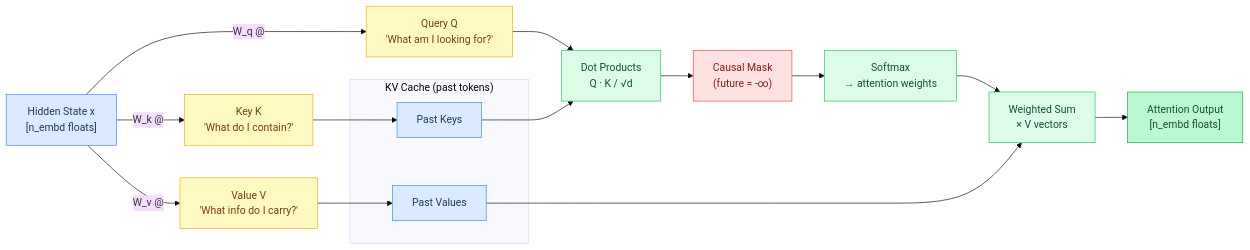
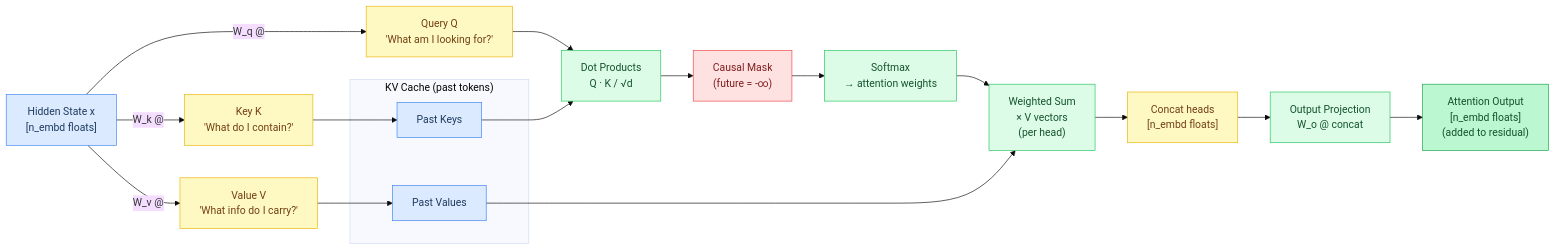
One commit to maci0/agave changed the third of 8 diagrams in docs/tutorial/02-the-transformer.md. Above: the diagram before and after it, drawn with Mermaid (base theme). The commit also changed other lines of this file and 1 other file, not shown here.

````diff
--- a/docs/tutorial/02-the-transformer.md
+++ b/docs/tutorial/02-the-transformer.md
@@ -118,41 +124,43 @@
 ```mermaid
 flowchart LR
     classDef setup     fill:#dbeafe,stroke:#3b82f6,color:#1e3a5f
     classDef sync      fill:#dcfce7,stroke:#22c55e,color:#14532d
     classDef migration fill:#fef9c3,stroke:#eab308,color:#713f12
     classDef success   fill:#bbf7d0,stroke:#16a34a,color:#14532d
     classDef danger    fill:#fee2e2,stroke:#ef4444,color:#7f1d1d
     classDef optional  fill:#f3e8ff,stroke:#9333ea,color:#581c87
 
     X["Hidden State x\n[n_embd floats]"]:::setup
     Q["Query Q\n'What am I looking for?'"]:::migration
     K["Key K\n'What do I contain?'"]:::migration
     V["Value V\n'What info do I carry?'"]:::migration
     PastK["Past Keys"]:::setup
     PastV["Past Values"]:::setup
     Scores["Dot Products\nQ · K / √d"]:::sync
     Mask["Causal Mask\n(future = -∞)"]:::danger
     Softmax["Softmax\n→ attention weights"]:::sync
-    WeightedSum["Weighted Sum\n× V vectors"]:::sync
-    Out["Attention Output\n[n_embd floats]"]:::success
+    WeightedSum["Weighted Sum\n× V vectors\n(per head)"]:::sync
+    Concat["Concat heads\n[n_embd floats]"]:::migration
+    Wo["Output Projection\nW_o @ concat"]:::sync
+    Out["Attention Output\n[n_embd floats]\n(added to residual)"]:::success
 
     X -->|"W_q @"| Q
     X -->|"W_k @"| K
     X -->|"W_v @"| V
 
     subgraph KVCache["KV Cache (past tokens)"]
         PastK
         PastV
     end
 
     K --> PastK
     V --> PastV
 
     Q --> Scores
     PastK --> Scores
     Scores --> Mask
     Mask --> Softmax
     Softmax --> WeightedSum
     PastV --> WeightedSum
-    WeightedSum --> Out
+    WeightedSum --> Concat --> Wo --> Out
 ```
````
